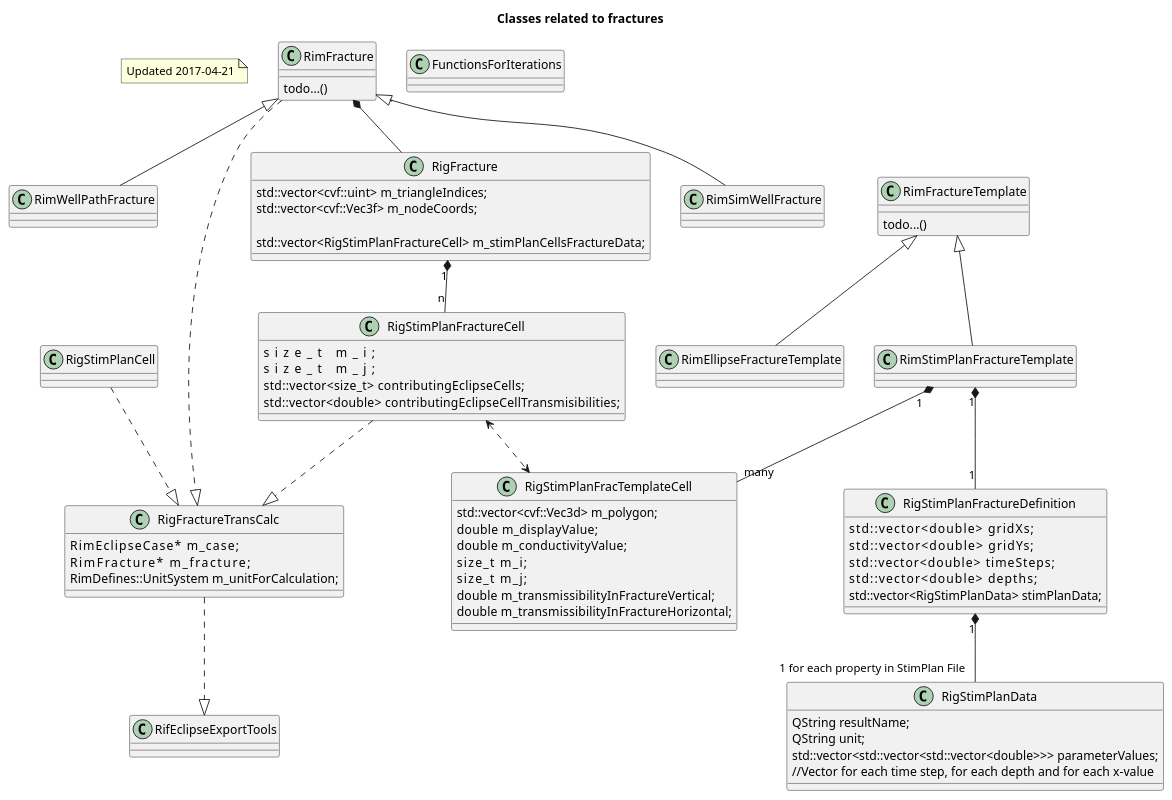
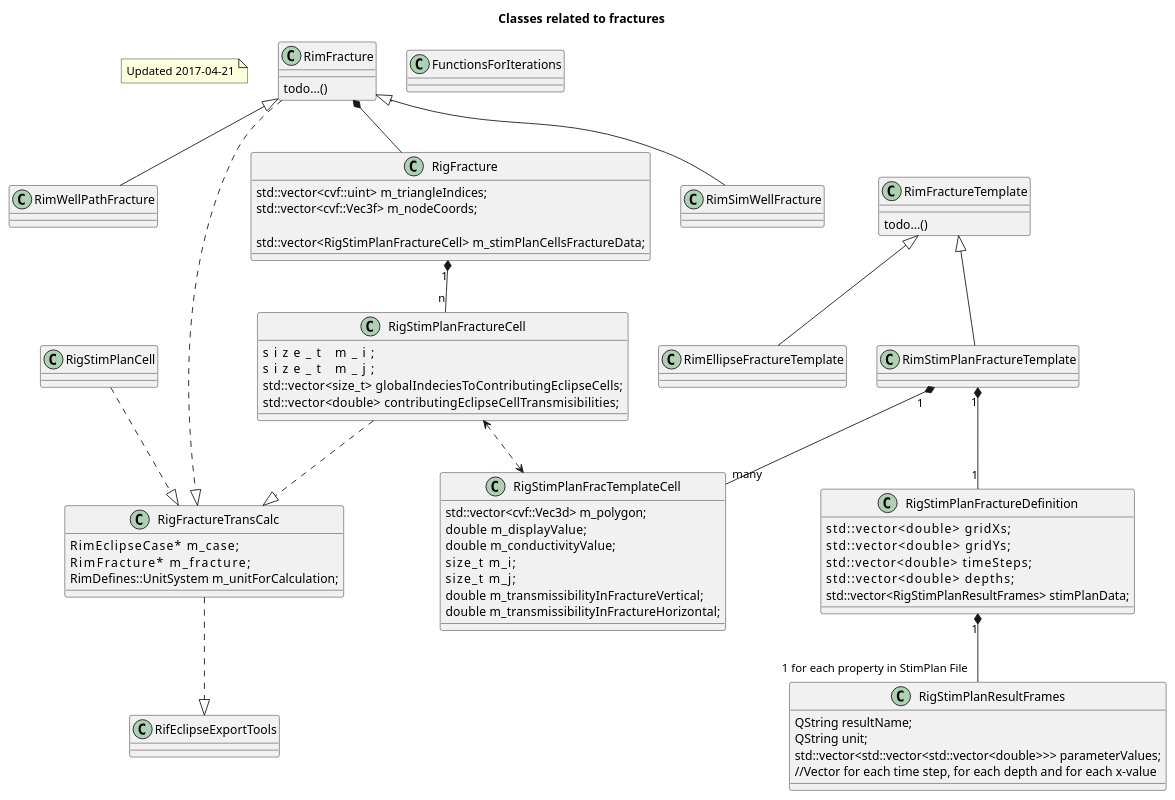
One commit to OPM/ResInsight changed the diagram in doc/fracture_clases.plantuml. Above: the diagram before and after it, drawn with PlantUML. The commit also changed 3 other files, not shown here.

Commit message:
pre-proto - Renaming contributingEclipseCell to globalIndeciesToContributingEclipseCells

```diff
--- a/doc/fracture_clases.plantuml
+++ b/doc/fracture_clases.plantuml
@@ -1,110 +1,110 @@
 @startuml
 
 Title Classes related to fractures
 
 note as N1
  Updated 2017-04-21
 end note
 
 class RimFracture {
   todo...()
 }
 
 class RimSimWellFracture {
 }
 class RimWellPathFracture {
 }
 
 
 RimFracture <|-- RimSimWellFracture
 RimFracture <|-- RimWellPathFracture
 
 class RigFracture{
     std::vector<cvf::uint>  m_triangleIndices;
     std::vector<cvf::Vec3f> m_nodeCoords;
 
     std::vector<RigStimPlanFractureCell>  m_stimPlanCellsFractureData;
 }
 
 class RigStimPlanFractureCell{
     size_t                  m_i;
     size_t                  m_j;
-    std::vector<size_t>     contributingEclipseCells;
+    std::vector<size_t>     globalIndeciesToContributingEclipseCells;
     std::vector<double>     contributingEclipseCellTransmisibilities;
 }
 
 RimFracture *-- RigFracture
 RigFracture "1" *-- "n" RigStimPlanFractureCell
 
 class RimFractureTemplate {
   todo...()
 }
 
 class RimEllipseFractureTemplate {
 }
 class RimStimPlanFractureTemplate {
 }
 
 
 RimFractureTemplate <|-- RimEllipseFractureTemplate
 RimFractureTemplate <|-- RimStimPlanFractureTemplate
 
 class RigStimPlanFractureDefinition{
     std::vector<double>          gridXs;
     std::vector<double>          gridYs;
     std::vector<double>          timeSteps;
     std::vector<double>          depths;
-    std::vector<RigStimPlanData> stimPlanData;
+    std::vector<RigStimPlanResultFrames> stimPlanData;
 
 }
 
 class RigStimPlanFracTemplateCell{
     std::vector<cvf::Vec3d> m_polygon;
     double   m_displayValue;
     double   m_conductivityValue;
     size_t     m_i;
     size_t     m_j;
     double   m_transmissibilityInFractureVertical;
     double   m_transmissibilityInFractureHorizontal;
 
 }
 
 RimStimPlanFractureTemplate "1" *-- "1" RigStimPlanFractureDefinition
 RimStimPlanFractureTemplate "1" *-- "many" RigStimPlanFracTemplateCell
 
 RigStimPlanFractureCell <..> RigStimPlanFracTemplateCell
 
-class RigStimPlanData{
+class RigStimPlanResultFrames{
     QString resultName;
     QString unit;
     std::vector<std::vector<std::vector<double>>> parameterValues;
     //Vector for each time step, for each depth and for each x-value
 
 }
 
-RigStimPlanFractureDefinition "1" *-- "1 for each property in StimPlan File" RigStimPlanData
+RigStimPlanFractureDefinition "1" *-- "1 for each property in StimPlan File" RigStimPlanResultFrames
 
 
 class RigFractureTransCalc{
     RimEclipseCase*         m_case;
     RimFracture*            m_fracture;
     RimDefines::UnitSystem  m_unitForCalculation;
 }
 
 RimFracture ..|> RigFractureTransCalc
 RigStimPlanCell ..|> RigFractureTransCalc
 RigStimPlanFractureCell ..|> RigFractureTransCalc
 
 
 class RifEclipseExportTools{
 }
 
 RigFractureTransCalc ..|> RifEclipseExportTools
 
 class FunctionsForIterations{
 
 }
 
 
 
 @enduml
```
